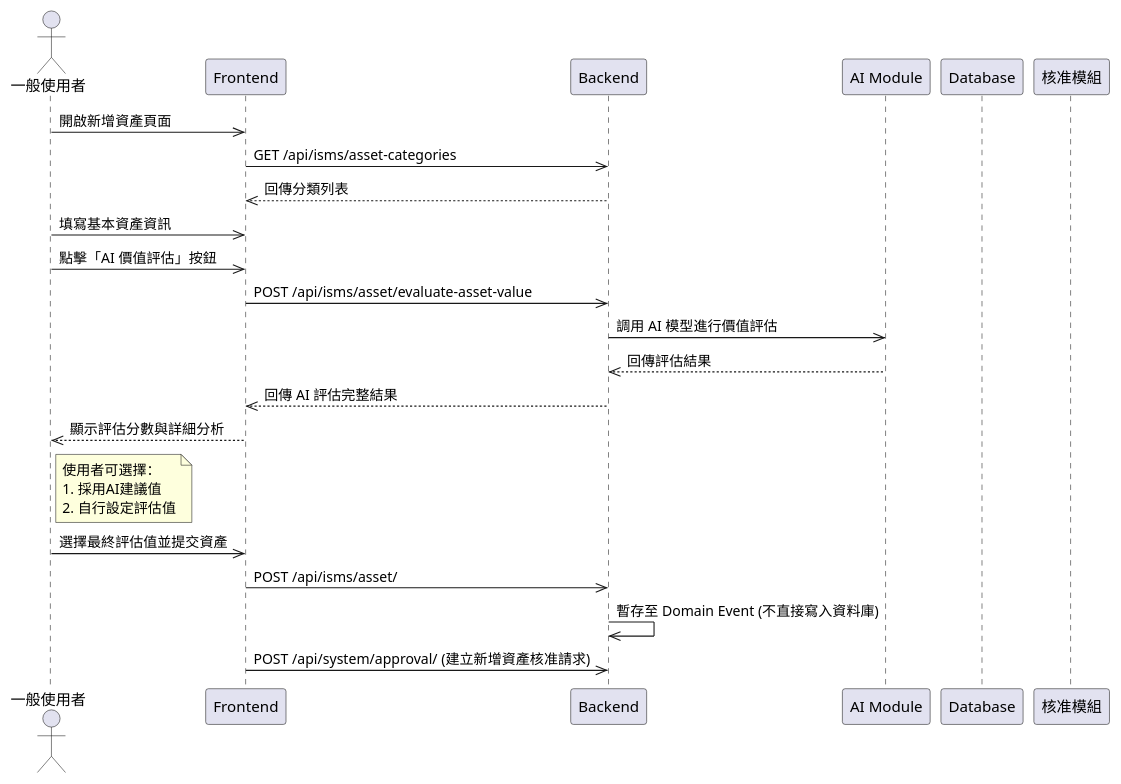
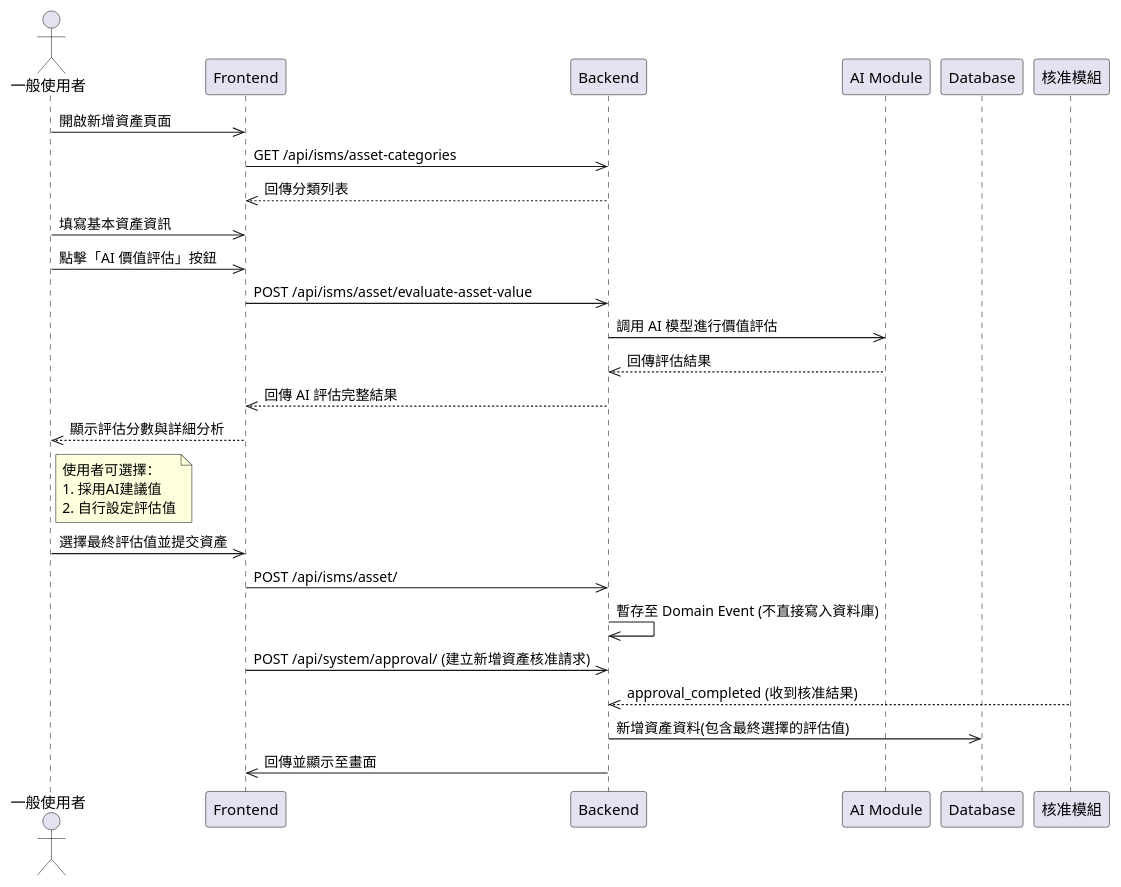
The diagram in plantUML/sequence/asset_create.puml (walle45611/NTUB_SecuManag_Diagram), drawn with PlantUML before and after one commit. The commit also changed 4 other files, not shown here.

Commit message:
feat: 更新流程圖，新增核准結果處理及資料儲存流程

```diff
--- a/plantUML/sequence/asset_create.puml
+++ b/plantUML/sequence/asset_create.puml
@@ -1,24 +1,27 @@
 @startuml
 actor User as "一般使用者"
 participant Frontend
 participant Backend
 participant "AI Module" as AI
 participant Database
 participant Approval as "核准模組"
 
 User->>Frontend: 開啟新增資產頁面
 Frontend->>Backend: GET /api/isms/asset-categories
 Backend-->>Frontend: 回傳分類列表
 User->>Frontend: 填寫基本資產資訊
 User->>Frontend: 點擊「AI 價值評估」按鈕
 Frontend->>Backend: POST /api/isms/asset/evaluate-asset-value
 Backend->>AI: 調用 AI 模型進行價值評估
 AI-->>Backend: 回傳評估結果
 Backend-->>Frontend: 回傳 AI 評估完整結果
 Frontend-->>User: 顯示評估分數與詳細分析
 note right of User: 使用者可選擇：\n1. 採用AI建議值\n2. 自行設定評估值
 User->>Frontend: 選擇最終評估值並提交資產
 Frontend->>Backend: POST /api/isms/asset/
 Backend->>Backend: 暫存至 Domain Event (不直接寫入資料庫)
 Frontend->>Backend: POST /api/system/approval/ (建立新增資產核准請求)
+Approval-->>Backend: approval_completed (收到核准結果)
+Backend->>Database: 新增資產資料(包含最終選擇的評估值)
+Backend->>Frontend: 回傳並顯示至畫面
 @enduml
```
